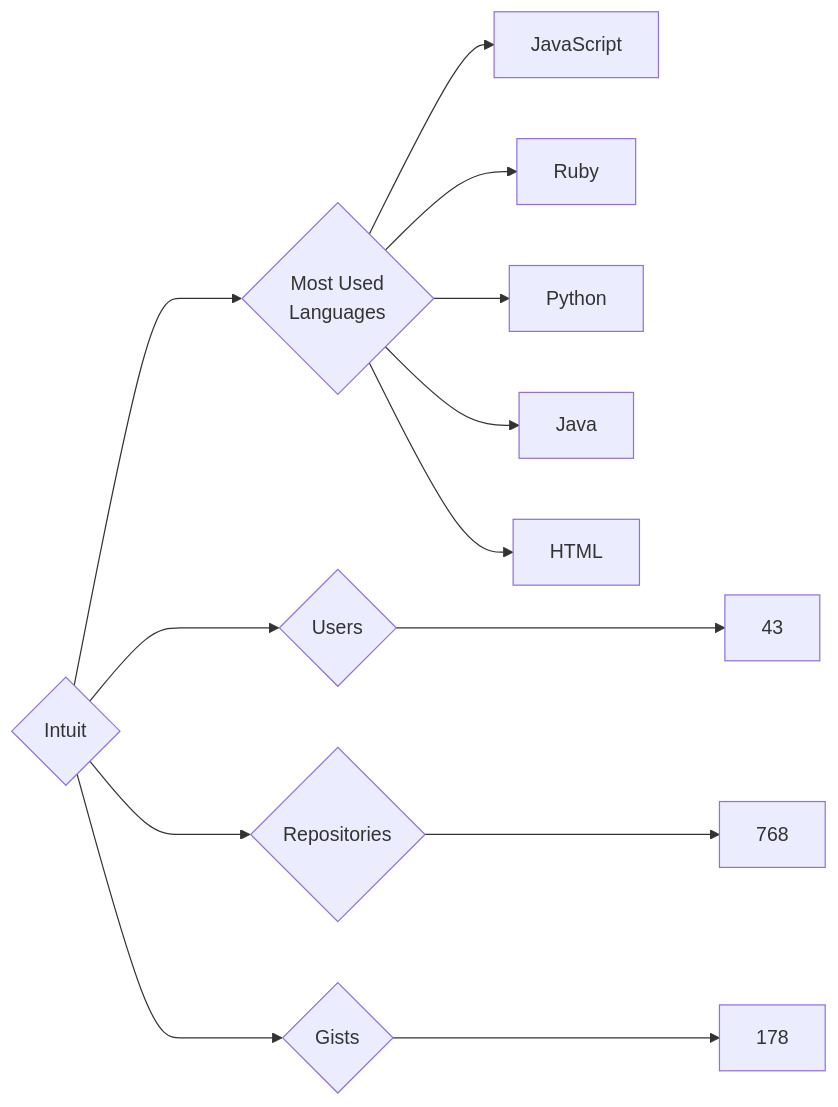
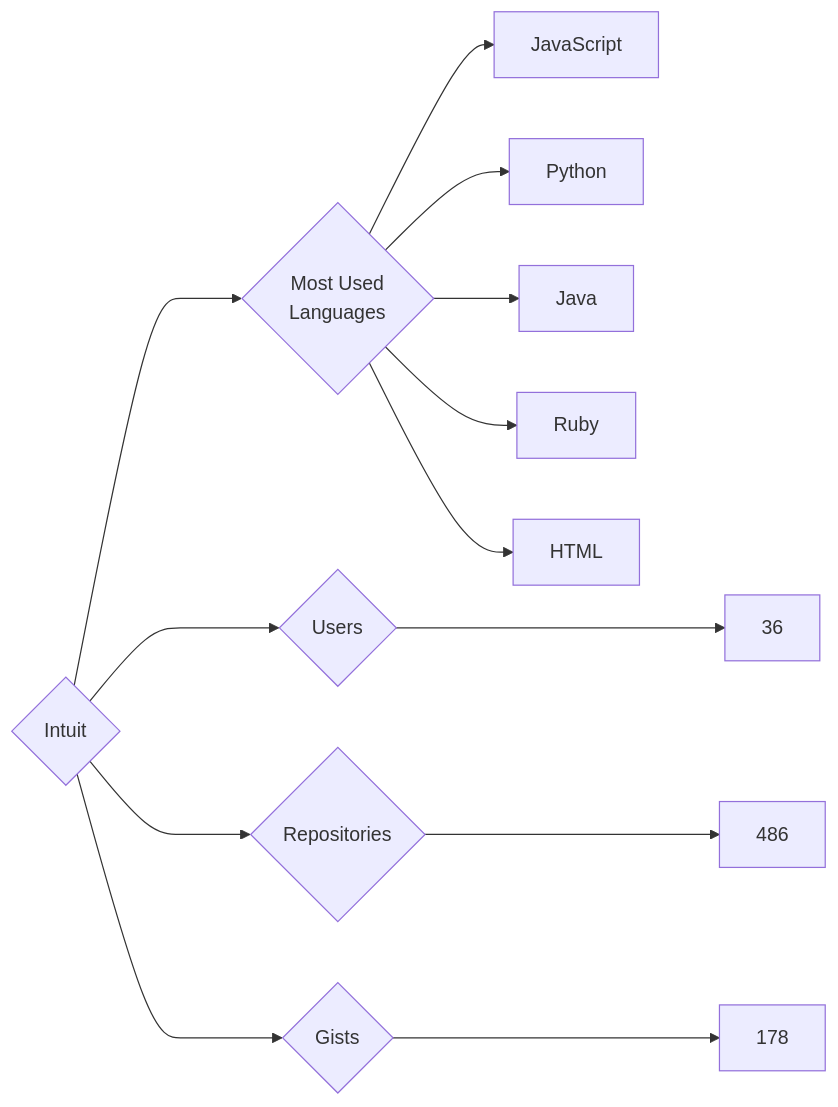
One commit to trickest/insiders changed the diagram in targets/Intuit/README.md. Above: the diagram before and after it, drawn with Mermaid. The commit also changed 847 other files, not shown here.

````diff
--- a/targets/Intuit/README.md
+++ b/targets/Intuit/README.md
@@ -3,13 +3,13 @@
 ```mermaid
 graph LR
 COMPANY_NAME{Intuit}
-COMPANY_NAME ---> U{Users} ---> UN[43]
-COMPANY_NAME ---> R{Repositories} ---> RN[768]
+COMPANY_NAME ---> U{Users} ---> UN[36]
+COMPANY_NAME ---> R{Repositories} ---> RN[486]
 COMPANY_NAME ---> G{Gists} ---> GN[178]
 COMPANY_NAME ---> ML{Most Used<br>Languages}
 ML --> JavaScript[JavaScript]
-ML --> Ruby[Ruby]
 ML --> Python[Python]
 ML --> Java[Java]
+ML --> Ruby[Ruby]
 ML --> HTML[HTML]
 ```
````
